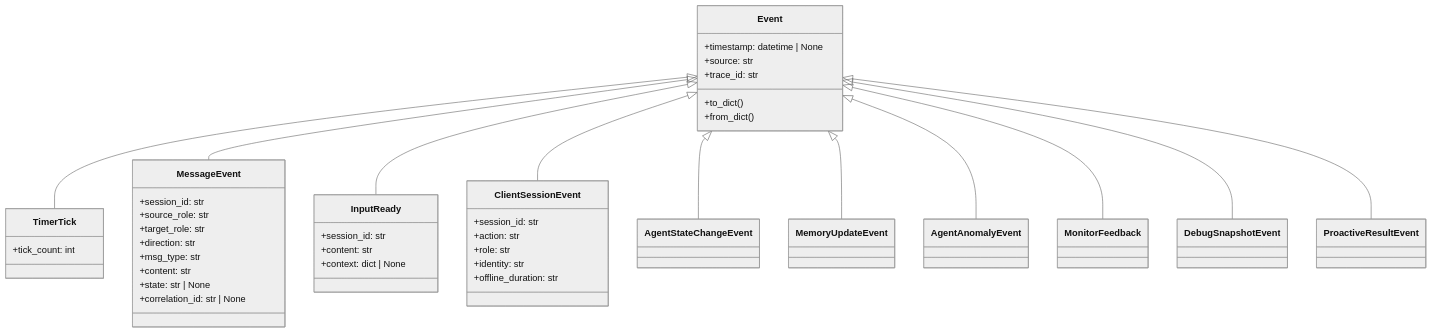
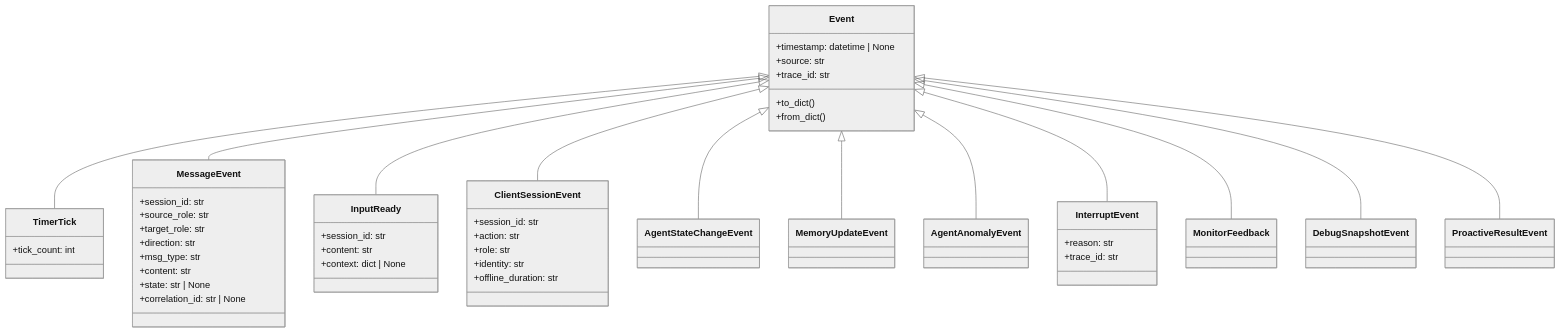
One commit to ibukani/iris-mind changed the second of 2 diagrams in docs/how-it-works/01-eventbus.md. Above: the diagram before and after it, drawn with Mermaid (neutral theme). The commit also changed other lines of this file and 8 other files, not shown here.

````diff
--- a/docs/how-it-works/01-eventbus.md
+++ b/docs/how-it-works/01-eventbus.md
@@ -54,47 +54,52 @@
 ```mermaid
 classDiagram
     class Event {
         +timestamp: datetime | None
         +source: str
         +trace_id: str
         +to_dict()
         +from_dict()
     }
 
     Event <|-- TimerTick
     Event <|-- MessageEvent
     Event <|-- InputReady
     Event <|-- ClientSessionEvent
     Event <|-- AgentStateChangeEvent
     Event <|-- MemoryUpdateEvent
     Event <|-- AgentAnomalyEvent
+    Event <|-- InterruptEvent
     Event <|-- MonitorFeedback
     Event <|-- DebugSnapshotEvent
     Event <|-- ProactiveResultEvent
 
     class TimerTick {
         +tick_count: int
     }
     class MessageEvent {
         +session_id: str
         +source_role: str
         +target_role: str
         +direction: str
         +msg_type: str
         +content: str
         +state: str | None
         +correlation_id: str | None
     }
     class InputReady {
         +session_id: str
         +content: str
         +context: dict | None
     }
     class ClientSessionEvent {
         +session_id: str
         +action: str
         +role: str
         +identity: str
         +offline_duration: str
     }
+    class InterruptEvent {
+        +reason: str
+        +trace_id: str
+    }
 ```
````
